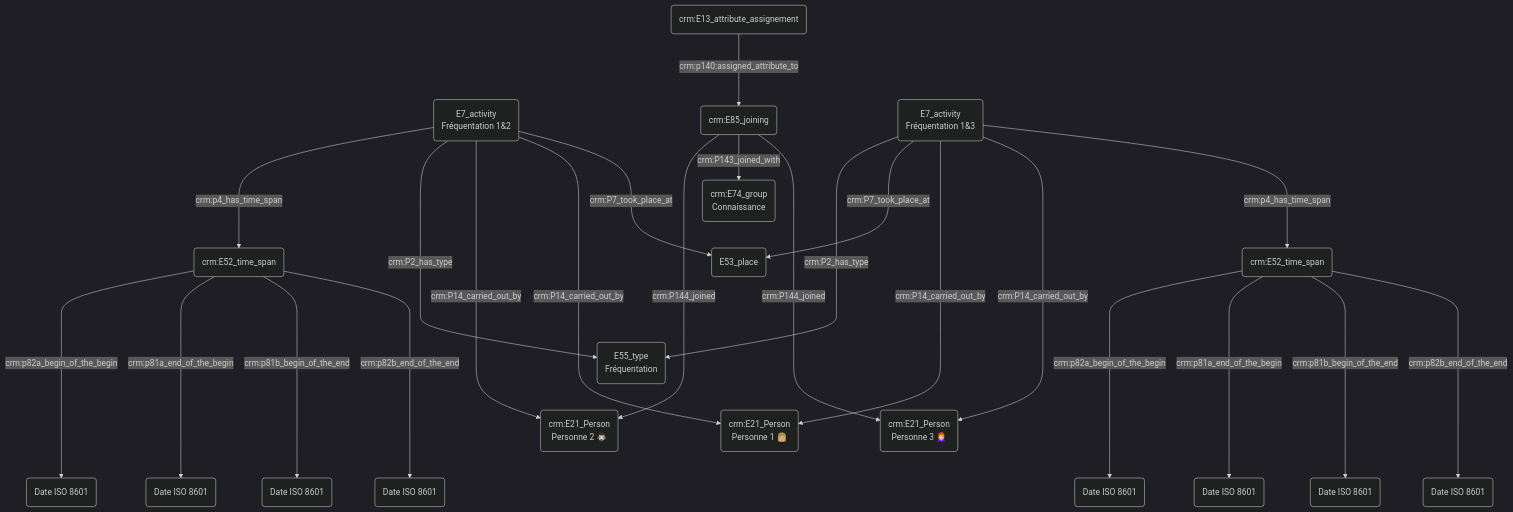
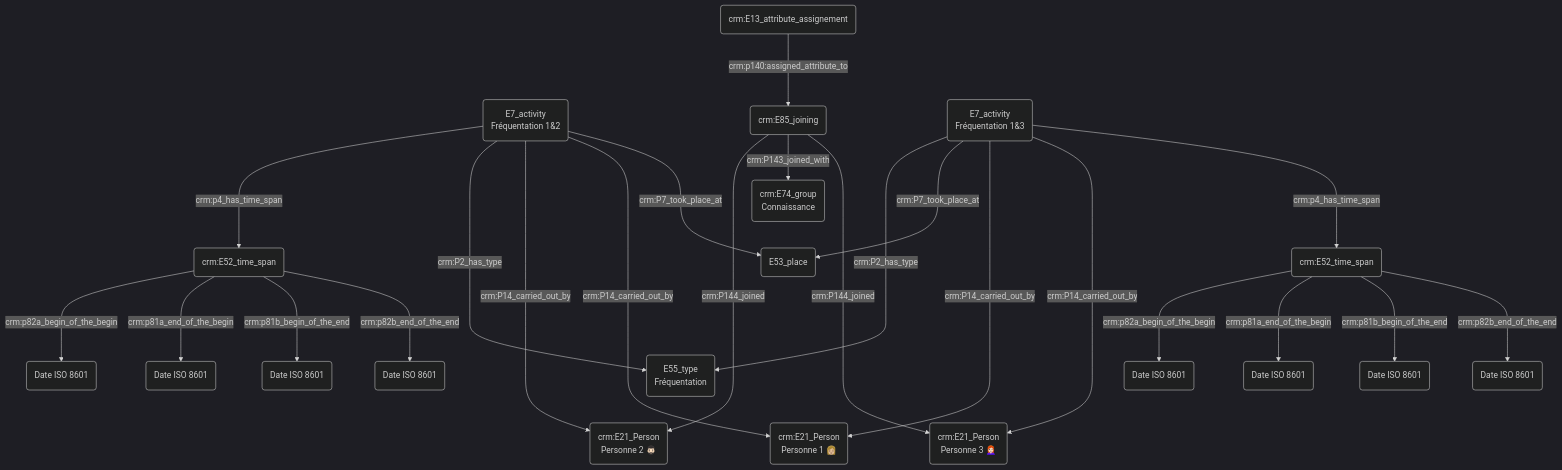
One commit to Amleth/consortium-musica2-gt2-ontologies changed the third of 3 diagrams in modules/prosopographie/index.md. Above: the diagram before and after it, drawn with Mermaid (dark theme).

````diff
--- a/modules/prosopographie/index.md
+++ b/modules/prosopographie/index.md
@@ -44,39 +44,35 @@
 ```mermaid
 graph TD;
 
 B(E7_activity<br>Fréquentation 1&2) ---> |crm:p4_has_time_span| I(crm:E52_time_span)
 B(E7_activity<br>Fréquentation 1&2) ----->|crm:P2_has_type| F(E55_type<br>Fréquentation)
 
 G(crm:E85_joining) ------>|crm:P144_joined| C("crm:E21_Person<br>Personne 2 🧔🏻‍♂️")
 G(crm:E85_joining) -->|crm:P143_joined_with| H(crm:E74_group<br>Connaissance)
 G(crm:E85_joining) ------>|crm:P144_joined| E("crm:E21_Person<br>Personne 3 👩🏻‍🦰")
 
 O(crm:E13_attribute_assignement) --->|crm:p140:assigned_attribute_to| G(crm:E85_joining)
 
-
-
 D(E7_activity<br>Fréquentation 1&3) -->|crm:P2_has_type| F(E55_type<br>Fréquentation)
-
-
 
 B(E7_activity<br>Fréquentation 1&2) ------>|crm:P14_carried_out_by| C("crm:E21_Person<br>Personne 2 🧔🏻‍♂️")
 B(E7_activity<br>Fréquentation 1&2) ---->|crm:P14_carried_out_by| A("crm:E21_Person<br>Personne 1 👩🏼")
 D(E7_activity<br>Fréquentation 1&3) --->|crm:P7_took_place_at| M(E53_place)
 B(E7_activity<br>Fréquentation 1&2) --->|crm:P7_took_place_at| M(E53_place)
 D(E7_activity<br>Fréquentation 1&3) ------>|crm:P14_carried_out_by| A("crm:E21_Person<br>Personne 1 👩🏼")
 D(E7_activity<br>Fréquentation 1&3) ------>|crm:P14_carried_out_by| E("crm:E21_Person<br>Personne 3 👩🏻‍🦰")
 
 D(E7_activity<br>Fréquentation 1&3) ---> |crm:p4_has_time_span| N(crm:E52_time_span)
 
-I(crm:E52_time_span) -----> |crm:p82a_begin_of_the_begin| S("Date ISO 8601")
-I(crm:E52_time_span) -----> |crm:p81a_end_of_the_begin| T("Date ISO 8601")
-I(crm:E52_time_span) -----> |crm:p81b_begin_of_the_end|U("Date ISO 8601")
-I(crm:E52_time_span) -----> |crm:p82b_end_of_the_end| V("Date ISO 8601")
+I(crm:E52_time_span) ---> |crm:p82a_begin_of_the_begin| S("Date ISO 8601")
+I(crm:E52_time_span) ---> |crm:p81a_end_of_the_begin| T("Date ISO 8601")
+I(crm:E52_time_span) ---> |crm:p81b_begin_of_the_end|U("Date ISO 8601")
+I(crm:E52_time_span) ---> |crm:p82b_end_of_the_end| V("Date ISO 8601")
 
-N(crm:E52_time_span) -----> |crm:p82a_begin_of_the_begin| W("Date ISO 8601")
-N(crm:E52_time_span) -----> |crm:p81a_end_of_the_begin| X("Date ISO 8601")
-N(crm:E52_time_span) -----> |crm:p81b_begin_of_the_end|Y("Date ISO 8601")
-N(crm:E52_time_span) -----> |crm:p82b_end_of_the_end| Z("Date ISO 8601")
+N(crm:E52_time_span) ---> |crm:p82a_begin_of_the_begin| W("Date ISO 8601")
+N(crm:E52_time_span) ---> |crm:p81a_end_of_the_begin| X("Date ISO 8601")
+N(crm:E52_time_span) ---> |crm:p81b_begin_of_the_end|Y("Date ISO 8601")
+N(crm:E52_time_span) ---> |crm:p82b_end_of_the_end| Z("Date ISO 8601")
 
 
 ```
````
